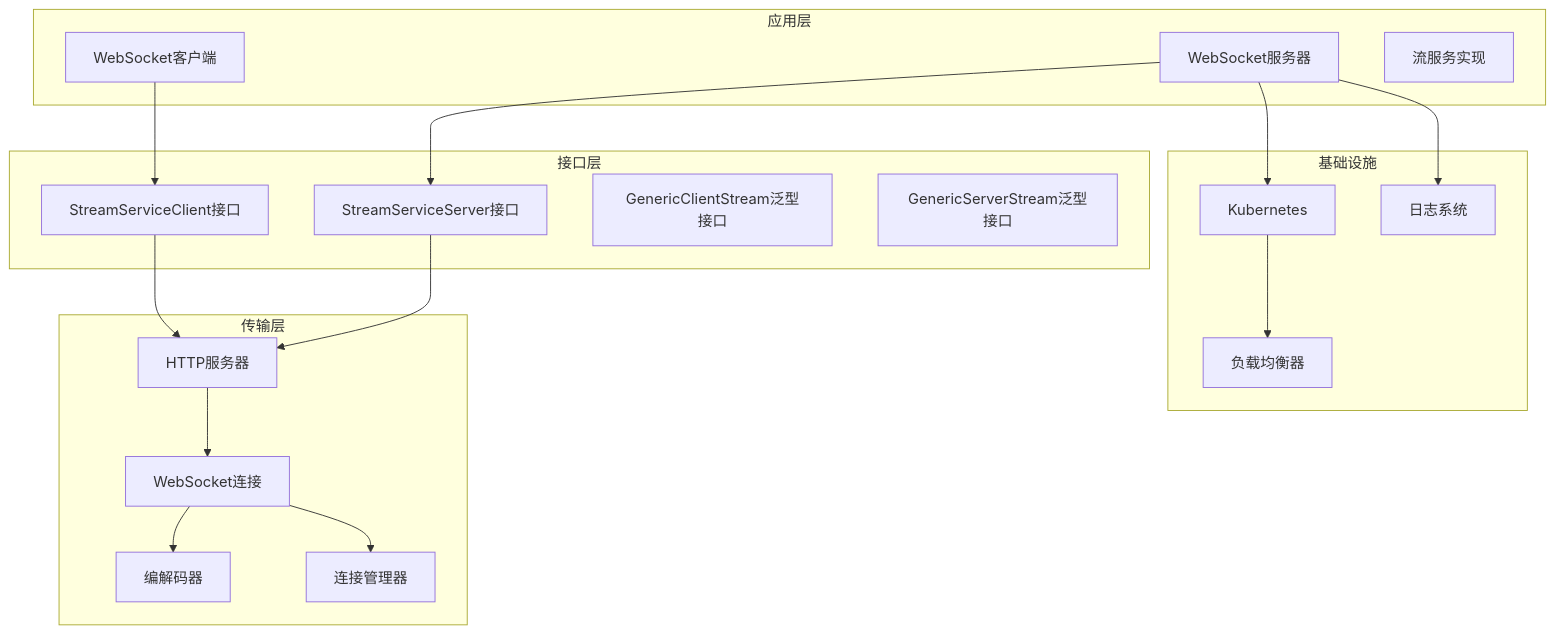
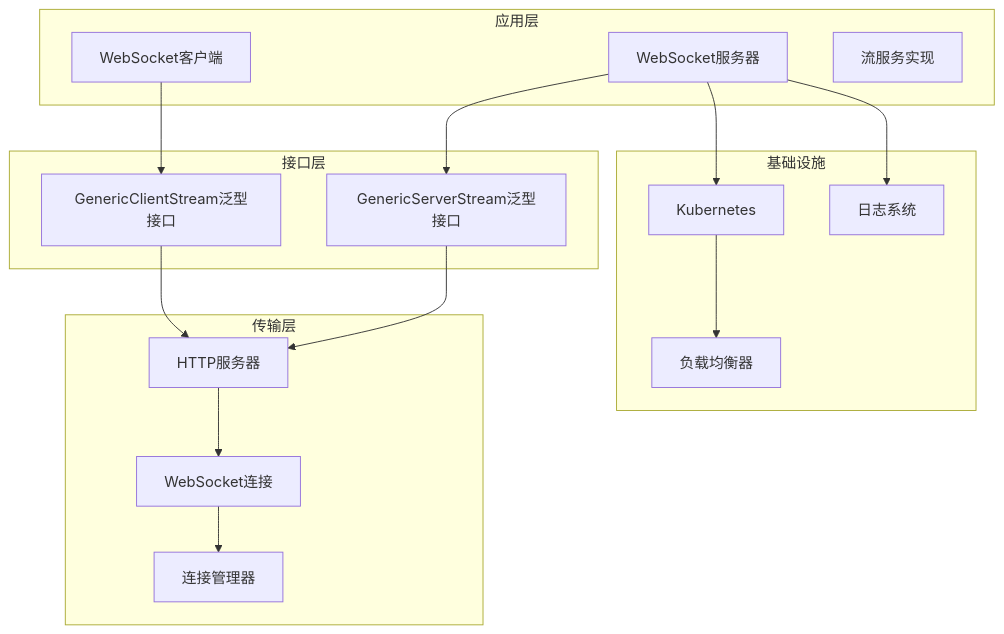
Before and after one commit to soyacen/goose: the fifth of 15 diagrams in .agents/repowiki/zh/content/示例和最佳实践/WebSocket流式系统.md, drawn with Mermaid. The commit also changed other lines of this file and 4 other files, not shown here.

````diff
--- a/.agents/repowiki/zh/content/示例和最佳实践/WebSocket流式系统.md
+++ b/.agents/repowiki/zh/content/示例和最佳实践/WebSocket流式系统.md
@@ -272,35 +239,31 @@
 ```mermaid
 graph TB
 subgraph "应用层"
 Client[WebSocket客户端]
 Server[WebSocket服务器]
 Service[流服务实现]
 end
 subgraph "接口层"
-StreamServiceClient[StreamServiceClient接口]
-StreamServiceServer[StreamServiceServer接口]
 GenericClientStream[GenericClientStream泛型接口]
 GenericServerStream[GenericServerStream泛型接口]
 end
 subgraph "传输层"
 HTTP[HTTP服务器]
 WS[WebSocket连接]
-Codec[编解码器]
 Conn[连接管理器]
 end
 subgraph "基础设施"
 K8s[Kubernetes]
 LB[负载均衡器]
 Log[日志系统]
 end
-Client --> StreamServiceClient
-Server --> StreamServiceServer
-StreamServiceClient --> HTTP
-StreamServiceServer --> HTTP
+Client --> GenericClientStream
+Server --> GenericServerStream
+GenericClientStream --> HTTP
+GenericServerStream --> HTTP
 HTTP --> WS
-WS --> Codec
 WS --> Conn
 Server --> K8s
 K8s --> LB
 Server --> Log
 ```
````
